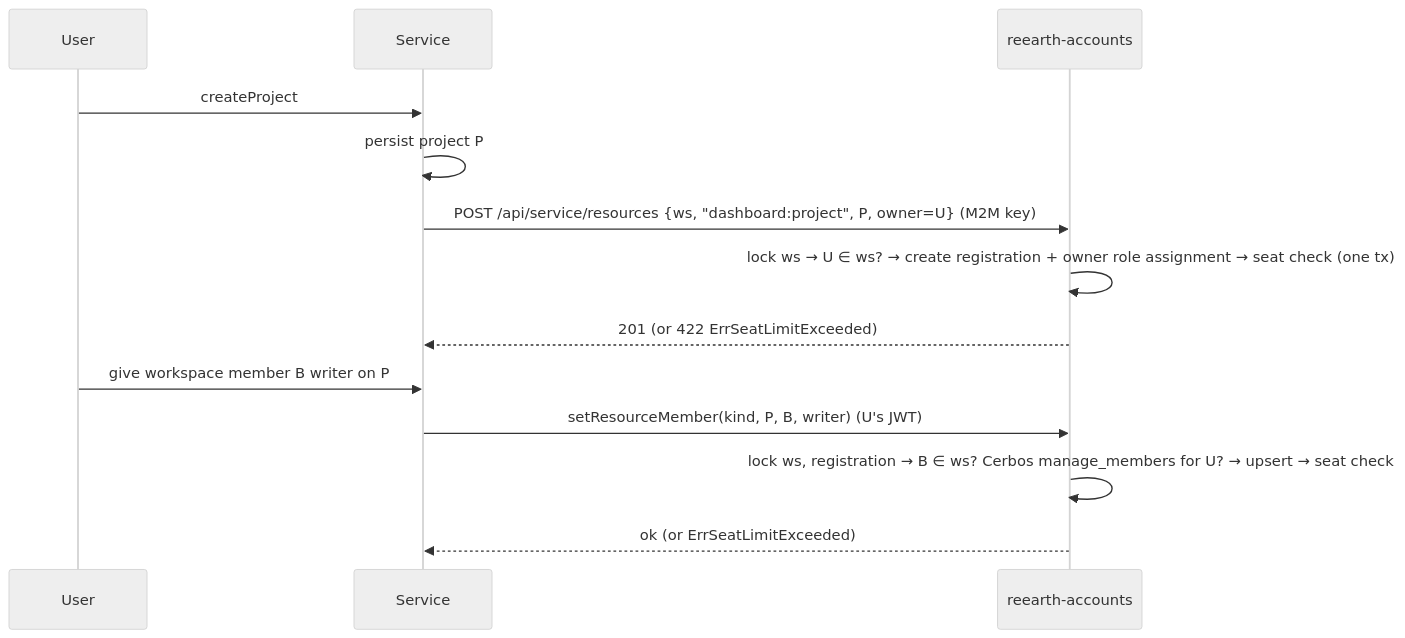
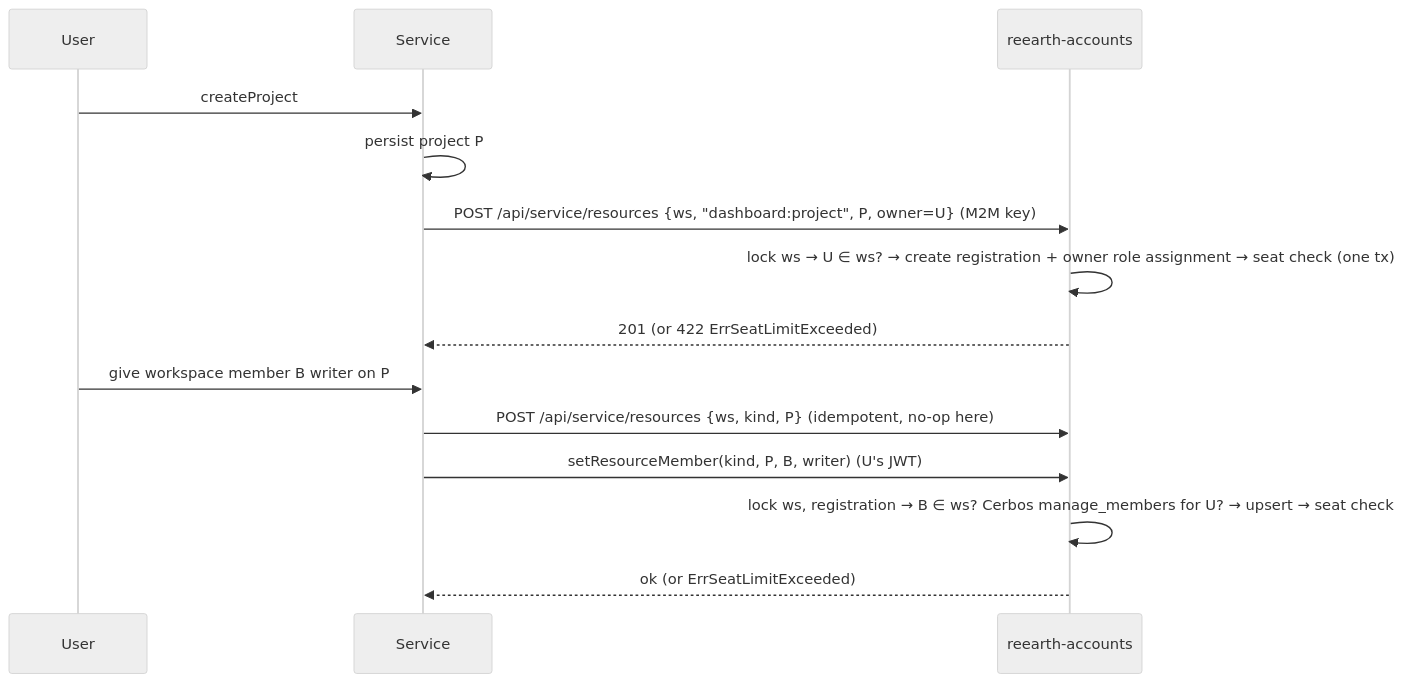
Before and after one commit to reearth/reearth-accounts: the second of 6 diagrams in server/docs/usecase/resource-role-binding.ja.md, drawn with Mermaid (neutral theme). The commit also changed other lines of this file and 1 other file, not shown here.

````diff
--- a/server/docs/usecase/resource-role-binding.ja.md
+++ b/server/docs/usecase/resource-role-binding.ja.md
@@ -787,16 +835,17 @@
 ```mermaid
 sequenceDiagram
     participant U as User
     participant S as Service
     participant A as reearth-accounts
 
     U->>S: createProject
     S->>S: persist project P
     S->>A: POST /api/service/resources {ws, "dashboard:project", P, owner=U} (M2M key)
     A->>A: lock ws → U ∈ ws? → create registration + owner role assignment → seat check (one tx)
     A-->>S: 201 (or 422 ErrSeatLimitExceeded)
     U->>S: give workspace member B writer on P
+    S->>A: POST /api/service/resources {ws, kind, P} (idempotent, no-op here)
     S->>A: setResourceMember(kind, P, B, writer) (U's JWT)
     A->>A: lock ws, registration → B ∈ ws? Cerbos manage_members for U? → upsert → seat check
     A-->>S: ok (or ErrSeatLimitExceeded)
 ```
````
